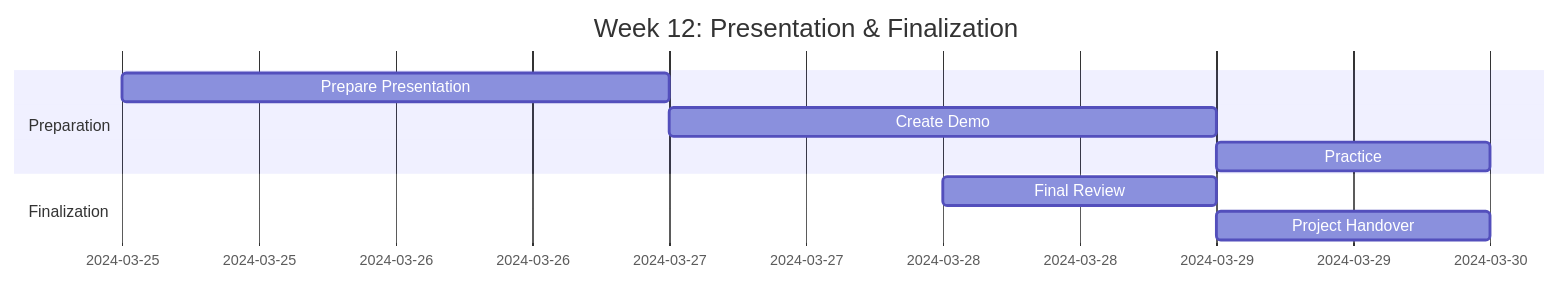
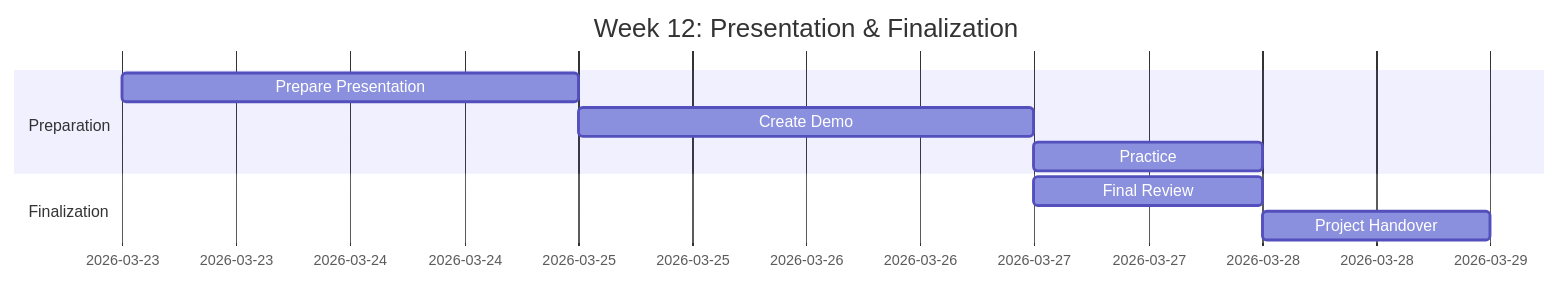
One commit to iouthnamain/tech-note changed the second of 2 diagrams in SAP-Guides/Capstone/Employee-Leave-System/Phase4_Documentation_Presentation.md. Above: the diagram before and after it, drawn with Mermaid. The commit also changed other lines of this file and 96 other files, not shown here.

````diff
--- a/SAP-Guides/Capstone/Employee-Leave-System/Phase4_Documentation_Presentation.md
+++ b/SAP-Guides/Capstone/Employee-Leave-System/Phase4_Documentation_Presentation.md
@@ -259,12 +259,12 @@
 ```mermaid
 gantt
     title Week 12: Presentation & Finalization
     dateFormat YYYY-MM-DD
     section Preparation
-    Prepare Presentation  :a1, 2024-03-25, 2d
+    Prepare Presentation  :a1, 2026-03-23, 2d
     Create Demo           :a2, after a1, 2d
     Practice              :a3, after a2, 1d
     section Finalization
-    Final Review          :b1, 2024-03-28, 1d
+    Final Review          :b1, 2026-03-27, 1d
     Project Handover      :b2, after b1, 1d
 ```
````
